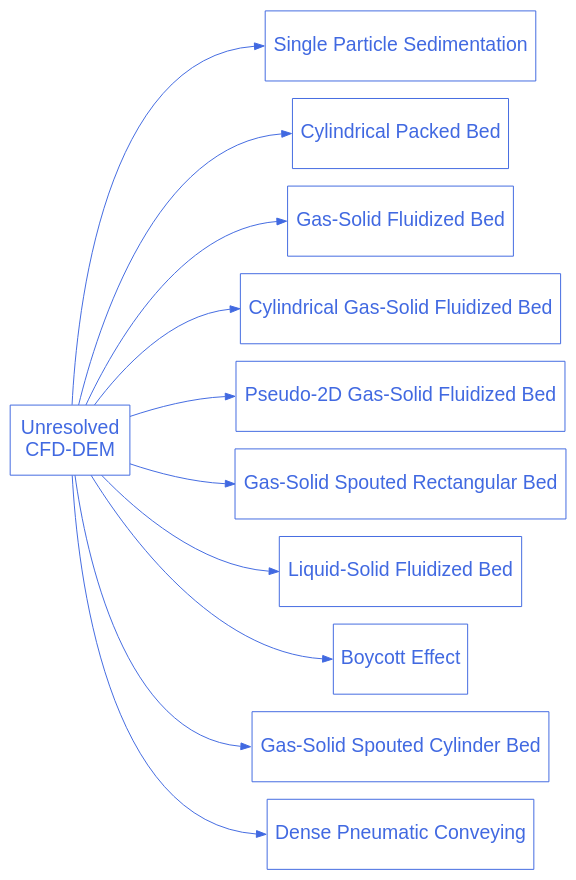
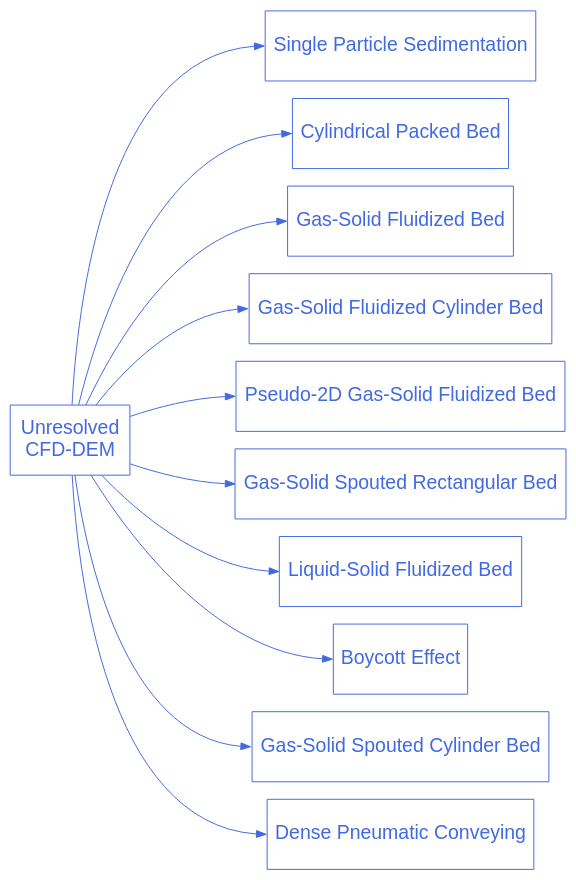
Before and after one commit to chaos-polymtl/lethe: the diagram in doc/source/examples/unresolved-cfd-dem/unresolved-cfd-dem.rst, drawn with Graphviz. The commit also changed other lines of this file and 13 other files, not shown here.

```diff
--- a/doc/source/examples/unresolved-cfd-dem/unresolved-cfd-dem.rst
+++ b/doc/source/examples/unresolved-cfd-dem/unresolved-cfd-dem.rst
@@ -23,42 +23,42 @@
 .. graphviz:: 
 
     digraph unresolved_cfd_dem_diagram {
       graph [bgcolor="transparent", align=true, ranksep=1.5];
       node [fontname=Arial, fontsize=20, shape=box, fontcolor=royalblue, color=royalblue, height=1];
       edge [color=royalblue];
       rankdir="LR";
       size = "9,9";
 
       unresolved_cfd_dem [label="Unresolved \nCFD-DEM", href="https://chaos-polymtl.github.io/lethe/documentation/examples/unresolved-cfd-dem/unresolved-cfd-dem.html"];
 
       cfd_dem_1 [label="Single Particle Sedimentation", href="https://chaos-polymtl.github.io/lethe/documentation/examples/unresolved-cfd-dem/single-particle-sedimentation/single-particle-sedimentation.html"];
 
       cfd_dem_2 [label="Cylindrical Packed Bed", href="https://chaos-polymtl.github.io/lethe/documentation/examples/unresolved-cfd-dem/cylindrical-packed-bed/cylindrical-packed-bed.html"];
 
       cfd_dem_3 [label="Gas-Solid Fluidized Bed", href="https://chaos-polymtl.github.io/lethe/documentation/examples/unresolved-cfd-dem/gas-solid-fluidized-bed/gas-solid-fluidized-bed.html"];
 
-      cfd_dem_4 [label="Cylindrical Gas-Solid Fluidized Bed", href="https://chaos-polymtl.github.io/lethe/documentation/examples/unresolved-cfd-dem/gas-solid-fluidized-bed/gas-solid-fluidized-bed-cylindrical.html"];
+      cfd_dem_4 [label="Gas-Solid Fluidized Cylinder Bed", href="https://chaos-polymtl.github.io/lethe/documentation/examples/unresolved-cfd-dem/gas-solid-fluidized-cylinder-bed/gas-solid-fluidized-cylinder-bed.html"];
 
       cfd_dem_5 [label="Pseudo-2D Gas-Solid Fluidized Bed", href="https://chaos-polymtl.github.io/lethe/documentation/examples/unresolved-cfd-dem/pseudo-2d-gas-solid-fluidized-bed/pseudo-2d-gas-solid-fluidized-bed.html"];
 
       cfd_dem_6 [label="Gas-Solid Spouted Rectangular Bed", href="https://chaos-polymtl.github.io/lethe/documentation/examples/unresolved-cfd-dem/gas-solid-spouted-rectangular-bed/gas-solid-spouted-rectangular-bed.html"];
 
       cfd_dem_7 [label="Liquid-Solid Fluidized Bed", href="https://chaos-polymtl.github.io/lethe/documentation/examples/unresolved-cfd-dem/liquid-solid-fluidized-bed/liquid-solid-fluidized-bed.html"];
 
       cfd_dem_8 [label="Boycott Effect", href="https://chaos-polymtl.github.io/lethe/documentation/examples/unresolved-cfd-dem/boycott-effect/boycott-effect.html"];
 
       cfd_dem_9 [label="Gas-Solid Spouted Cylinder Bed", href="https://chaos-polymtl.github.io/lethe/documentation/examples/unresolved-cfd-dem/gas-solid-spouted-cylinder-bed/gas-solid-spouted-cylinder-bed.html"];
 
       cfd_dem_10 [label="Dense Pneumatic Conveying", href="https://chaos-polymtl.github.io/lethe/documentation/examples/unresolved-cfd-dem/dense-pneumatic-conveying/dense-pneumatic-conveying.html"];
 
       unresolved_cfd_dem -> cfd_dem_1:w;
       unresolved_cfd_dem -> cfd_dem_2:w;
       unresolved_cfd_dem -> cfd_dem_3:w;
       unresolved_cfd_dem -> cfd_dem_4:w;
       unresolved_cfd_dem -> cfd_dem_5:w;
       unresolved_cfd_dem -> cfd_dem_6:w;
       unresolved_cfd_dem -> cfd_dem_7:w;
       unresolved_cfd_dem -> cfd_dem_8:w;
       unresolved_cfd_dem -> cfd_dem_9:w;
       unresolved_cfd_dem -> cfd_dem_10:w;
     }
```
